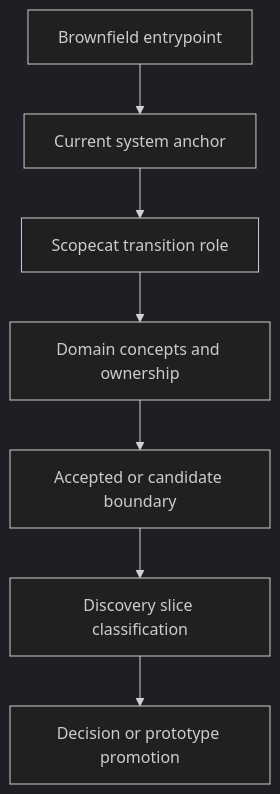
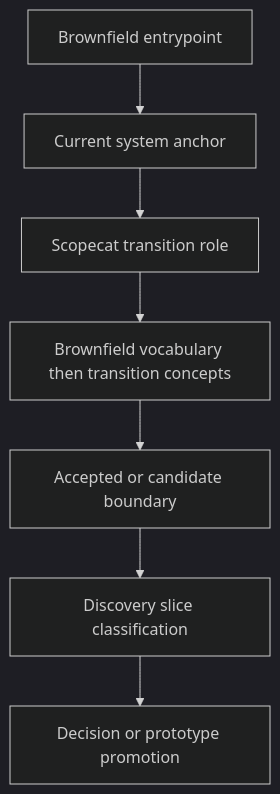
Before and after one commit to kahojyun/scopecat: the diagram in docs/architecture/transition-architecture.md, drawn with Mermaid (dark theme). The commit also changed other lines of this file and 2 other files, not shown here.

Commit message:
Clarify brownfield and transition architecture vocabulary

````diff
--- a/docs/architecture/transition-architecture.md
+++ b/docs/architecture/transition-architecture.md
@@ -43,12 +44,12 @@
 ```mermaid
 flowchart TD
   Entry["Brownfield entrypoint"]
   Current["Current system anchor"]
   Role["Scopecat transition role"]
-  Domain["Domain concepts and ownership"]
+  Domain["Brownfield vocabulary then transition concepts"]
   Boundary["Accepted or candidate boundary"]
   Slice["Discovery slice classification"]
   Decision["Decision or prototype promotion"]
 
   Entry --> Current --> Role --> Domain --> Boundary --> Slice --> Decision
 ```
````
